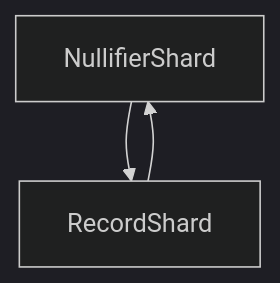
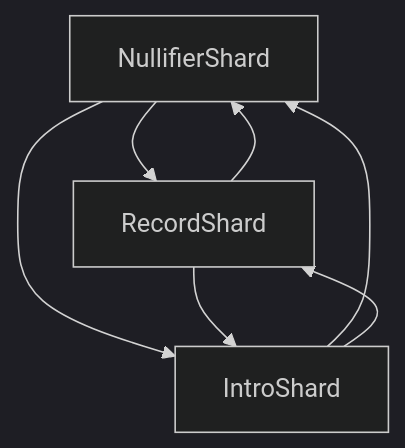
One commit to Snipperso/platho changed the second of 2 diagrams in build/NullifierShard/NullifierShard_NullifierShard.md. Above: the diagram before and after it, drawn with Mermaid (dark theme). The commit also changed other lines of this file and 53 other files, not shown here.

````diff
--- a/build/NullifierShard/NullifierShard_NullifierShard.md
+++ b/build/NullifierShard/NullifierShard_NullifierShard.md
@@ -133,6 +157,10 @@
 ```mermaid
 graph TD
 NullifierShard
 NullifierShard --> RecordShard
 RecordShard --> NullifierShard
+NullifierShard --> IntroShard
+IntroShard --> NullifierShard
+IntroShard --> RecordShard
+RecordShard --> IntroShard
 ```
````
